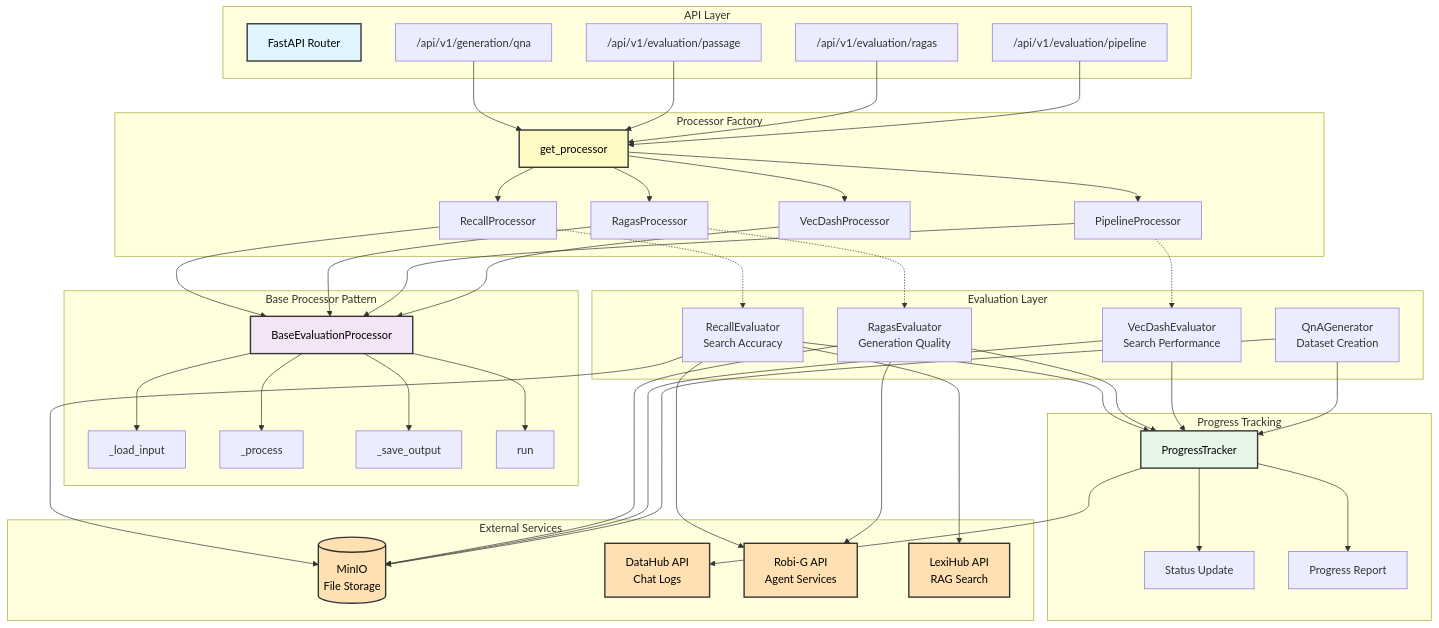
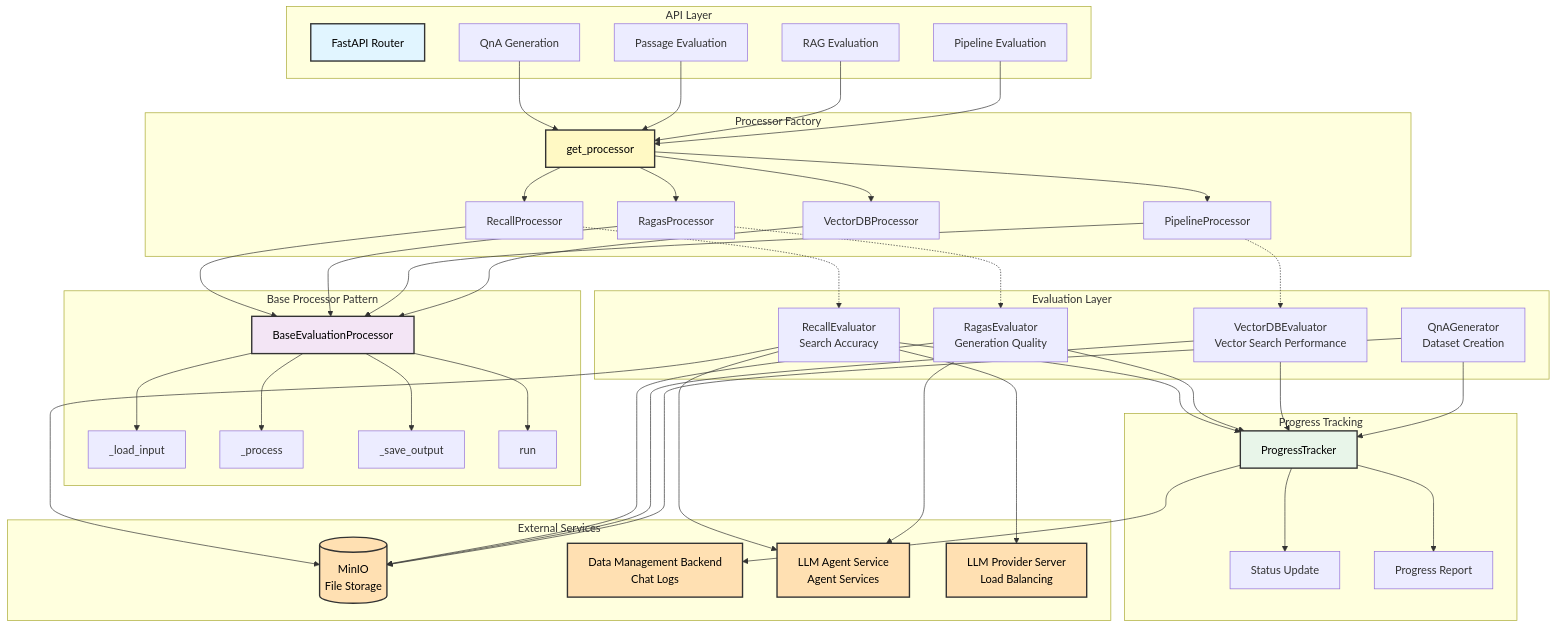
Before and after one commit to comsa33/porfolio-site: the diagram in public/architecture/evaluator/system-architecture-en.mmd, drawn with Mermaid. The commit also changed 3 other files, not shown here.

Commit message:
feat: overhaul pyrunner architecture diagram and rename evaluator components for clarity

```diff
--- a/public/architecture/evaluator/system-architecture-en.mmd
+++ b/public/architecture/evaluator/system-architecture-en.mmd
@@ -1,82 +1,82 @@
 graph TB
     subgraph "API Layer"
         A[FastAPI Router]
-        A1["/api/v1/generation/qna"]
-        A2["/api/v1/evaluation/passage"]
-        A3["/api/v1/evaluation/ragas"]
-        A4["/api/v1/evaluation/pipeline"]
+        A1[QnA Generation]
+        A2[Passage Evaluation]
+        A3[RAG Evaluation]
+        A4[Pipeline Evaluation]
     end
     
     subgraph "Processor Factory"
         B[get_processor]
         B --> C1[RecallProcessor]
         B --> C2[RagasProcessor]
         B --> C3[PipelineProcessor]
-        B --> C4[VecDashProcessor]
+        B --> C4[VectorDBProcessor]
     end
     
     subgraph "Base Processor Pattern"
         D[BaseEvaluationProcessor]
         D --> E1[_load_input]
         D --> E2[_process]
         D --> E3[_save_output]
         D --> E4[run]
     end
     
     subgraph "Evaluation Layer"
         F1[RecallEvaluator<br/>Search Accuracy]
         F2[RagasEvaluator<br/>Generation Quality]
-        F3[VecDashEvaluator<br/>Search Performance]
+        F3[VectorDBEvaluator<br/>Vector Search Performance]
         F4[QnAGenerator<br/>Dataset Creation]
     end
     
     subgraph "Progress Tracking"
         G[ProgressTracker]
         G --> G1[Status Update]
         G --> G2[Progress Report]
     end
     
     subgraph "External Services"
         H1[(MinIO<br/>File Storage)]
-        H2[DataHub API<br/>Chat Logs]
-        H3[Robi-G API<br/>Agent Services]
-        H4[LexiHub API<br/>RAG Search]
+        H2[Data Management Backend<br/>Chat Logs]
+        H3[LLM Agent Service<br/>Agent Services]
+        H4[LLM Provider Server<br/>Load Balancing]
     end
     
     A1 --> B
     A2 --> B
     A3 --> B
     A4 --> B
     
     C1 --> D
     C2 --> D
     C3 --> D
     C4 --> D
     
     C1 -.-> F1
     C2 -.-> F2
     C3 -.-> F3
     
     F1 --> G
     F2 --> G
     F3 --> G
     F4 --> G
     
     F1 --> H1
     F2 --> H1
     F3 --> H1
     F4 --> H1
     
     G --> H2
     F1 --> H3
     F2 --> H3
     F1 --> H4
     
     style A fill:#e1f5ff,stroke:#333,stroke-width:2px,color:#000
     style B fill:#fff9c4,stroke:#333,stroke-width:2px,color:#000
     style D fill:#f3e5f5,stroke:#333,stroke-width:2px,color:#000
     style G fill:#e8f5e9,stroke:#333,stroke-width:2px,color:#000
     style H1 fill:#ffe0b2,stroke:#333,stroke-width:2px,color:#000
     style H2 fill:#ffe0b2,stroke:#333,stroke-width:2px,color:#000
     style H3 fill:#ffe0b2,stroke:#333,stroke-width:2px,color:#000
     style H4 fill:#ffe0b2,stroke:#333,stroke-width:2px,color:#000
```
